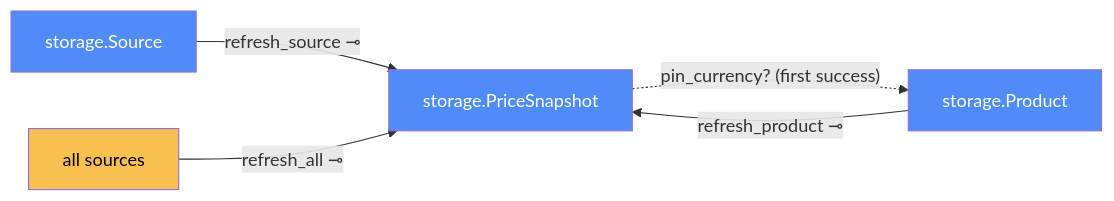
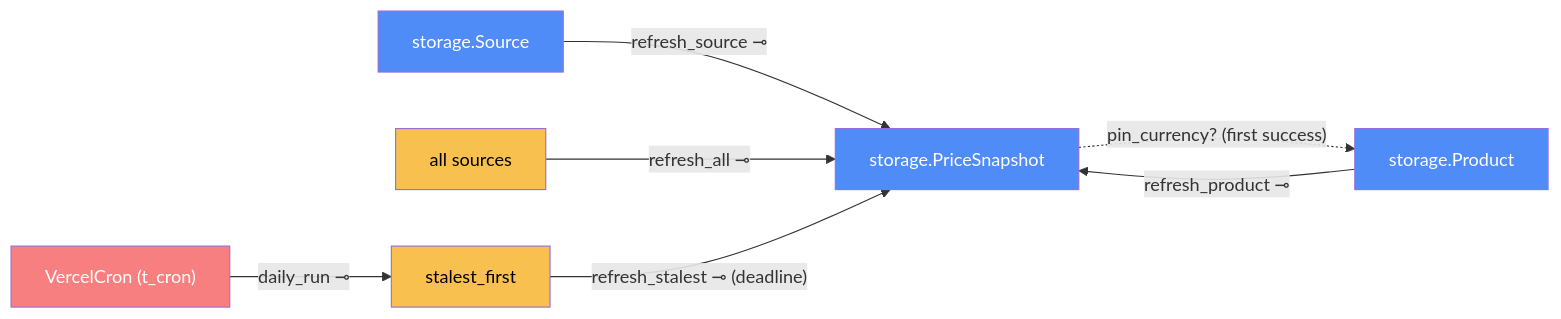
One commit to Justin-Red-Alpha/VibeCoding-Project changed the diagram in docs/refresh/ARCHITECTURE.md. Above: the diagram before and after it, drawn with Mermaid. The commit also changed other lines of this file and 49 other files, not shown here.

````diff
--- a/docs/refresh/ARCHITECTURE.md
+++ b/docs/refresh/ARCHITECTURE.md
@@ -19,14 +21,18 @@
 ```mermaid
 graph LR
     S["storage.Source"]
     N["storage.PriceSnapshot"]
     P["storage.Product"]
     S -->|"refresh_source ⊸"| N
     P -->|"refresh_product ⊸"| N
     All["all sources"] -->|"refresh_all ⊸"| N
     N -.->|"pin_currency? (first success)"| P
+    Cron["VercelCron (t_cron)"] -->|"daily_run ⊸"| Stale["stalest_first"]
+    Stale -->|"refresh_stalest ⊸ (deadline)"| N
     style S fill:#4f8cf7,color:#fff
     style N fill:#4f8cf7,color:#fff
     style P fill:#4f8cf7,color:#fff
     style All fill:#f7c04f,color:#000
+    style Stale fill:#f7c04f,color:#000
+    style Cron fill:#f77f7f,color:#fff
 ```
````
